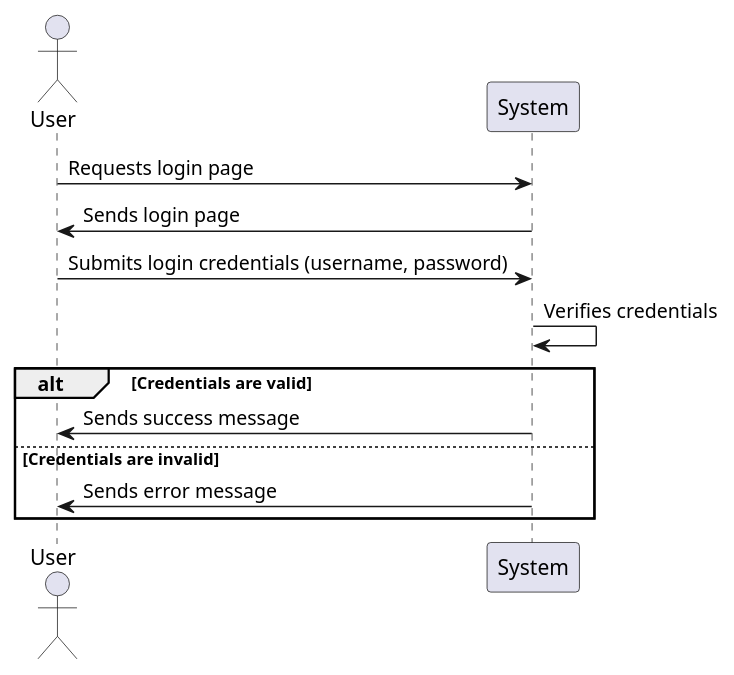
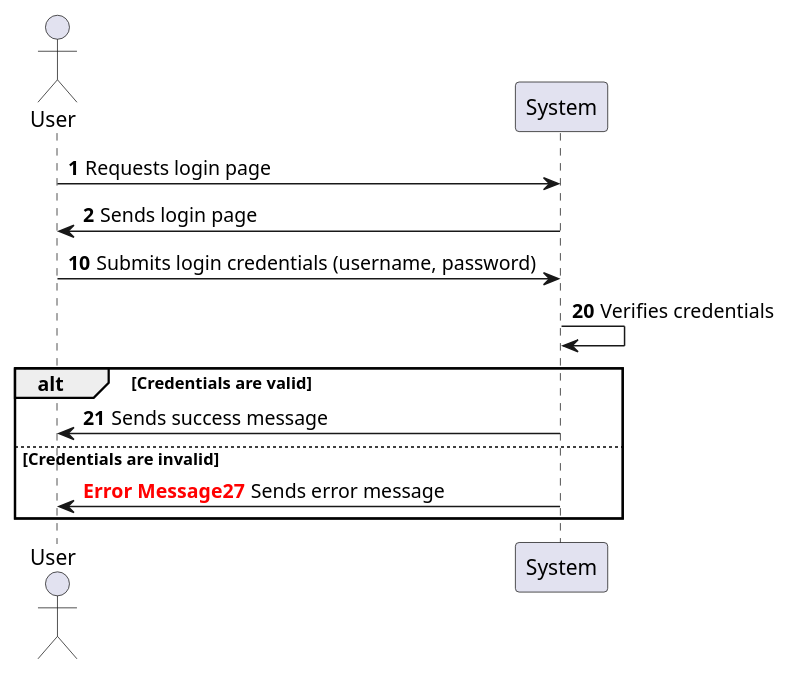
One commit to TabotCharlesBessong/XML changed the diagram in sequence/signup.plantuml. Above: the diagram before and after it, drawn with PlantUML. The commit also changed 1 other file, not shown here.

Commit message:
making some adjustments to the sequence diagram

```diff
--- a/sequence/signup.plantuml
+++ b/sequence/signup.plantuml
@@ -1,16 +1,20 @@
 @startuml signup
 actor User
 participant System
 
+autonumber
 User -> System: Requests login page
 System -> User: Sends login page
+autonumber 10
 User -> System: Submits login credentials (username, password)
+autonumber 20
 System -> System: Verifies credentials
 
 alt Credentials are valid
     System -> User: Sends success message
 else Credentials are invalid
+autonumber 27 "<font color=red><b>Error Message"
     System -> User: Sends error message
 end
 
 @enduml
```
